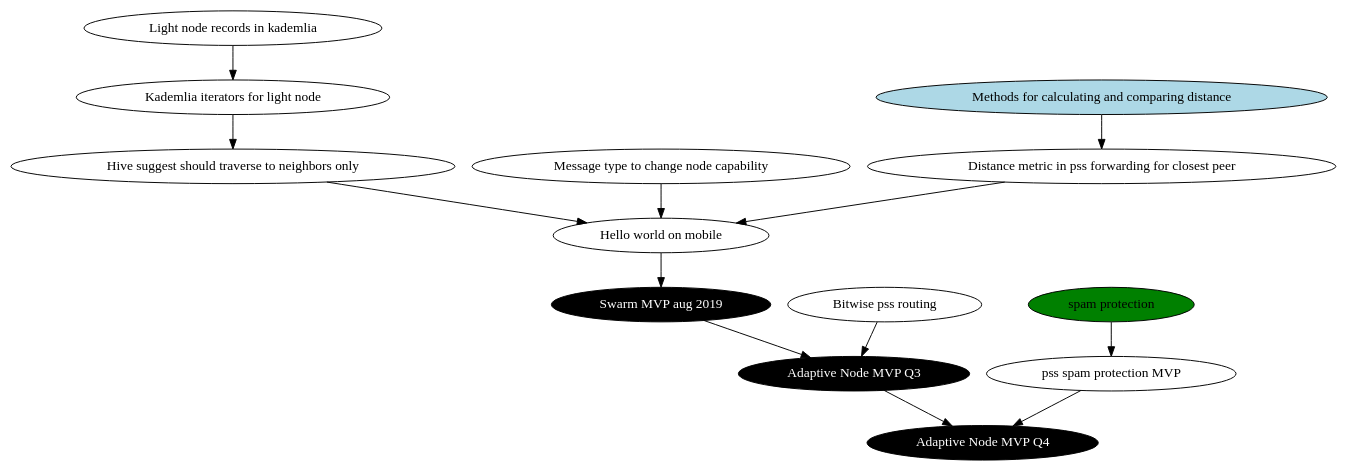
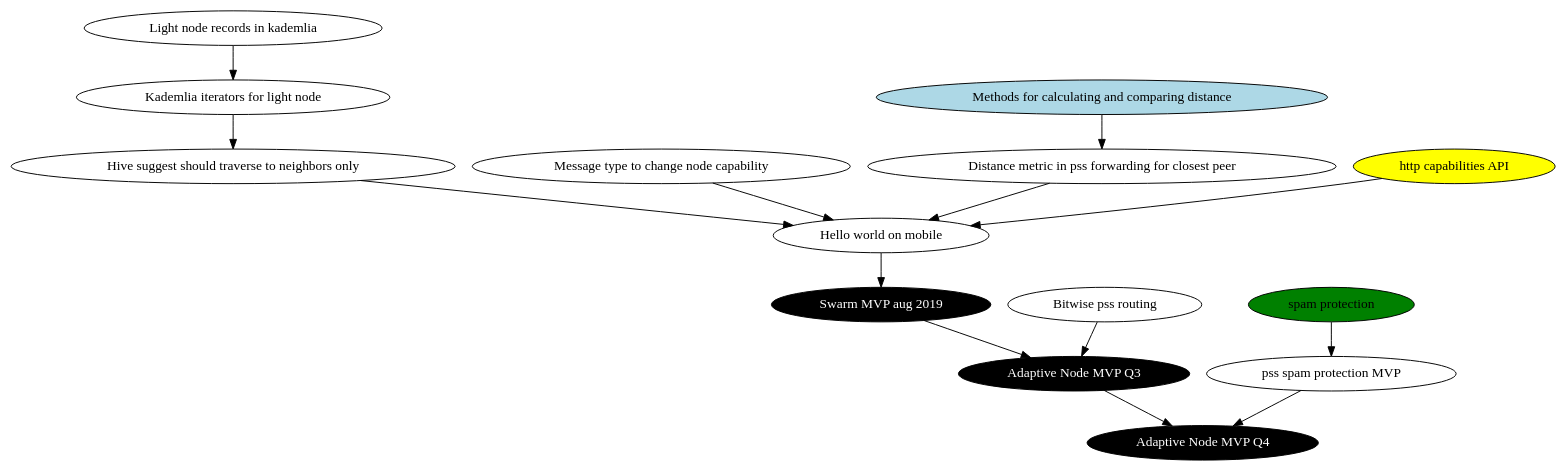
Before and after one commit to nolash/swarm-adaptive-node: the diagram in pssdep.dot, drawn with Graphviz. The commit also changed 3 other files, not shown here.

```diff
--- a/pssdep.dot
+++ b/pssdep.dot
@@ -1,26 +1,27 @@
 digraph {
 	kademlia_db [label="Light node records in kademlia"]
 	kademlia_access [label="Kademlia iterators for light node"]
 	discovery_caps [label="Message type to change node capability"]
 	hive [label="Hive suggest should traverse to neighbors only"]
 	distance_core [label="Methods for calculating and comparing distance",style="filled",fillcolor="lightblue"]
 	distance [label="Distance metric in pss forwarding for closest peer"]
-	//prox [label="Distance metric in pss proximity send receiver"]
 	helloworld [label="Hello world on mobile"]
 	mvp_aug [label="Swarm MVP aug 2019",style="filled",fillcolor="black",fontcolor="white"]
 	mvp_q3 [label="Adaptive Node MVP Q3",style="filled",fillcolor="black",fontcolor="white"]
 	mvp_q4 [label="Adaptive Node MVP Q4",style="filled",fillcolor="black",fontcolor="white"]
 	bitwise [label="Bitwise pss routing"]
 	spam [label="spam protection",style="filled",fillcolor="green"]
 	minspam [label="pss spam protection MVP"]
+	httpcaps [label="http capabilities API",style="filled",fillcolor="yellow"]
 	
 	distance_core -> distance -> helloworld
 	kademlia_db -> kademlia_access -> hive -> helloworld
 	discovery_caps -> helloworld
+	httpcaps -> helloworld
 
 	bitwise -> mvp_q3 
 	spam -> minspam -> mvp_q4
 
 	helloworld -> mvp_aug -> mvp_q3 -> mvp_q4
 	
 }
```
